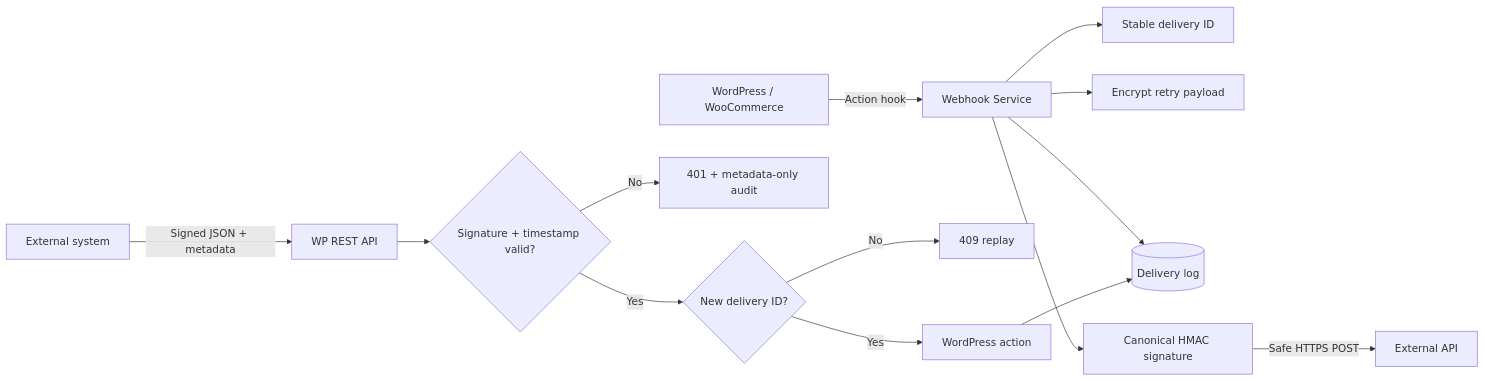
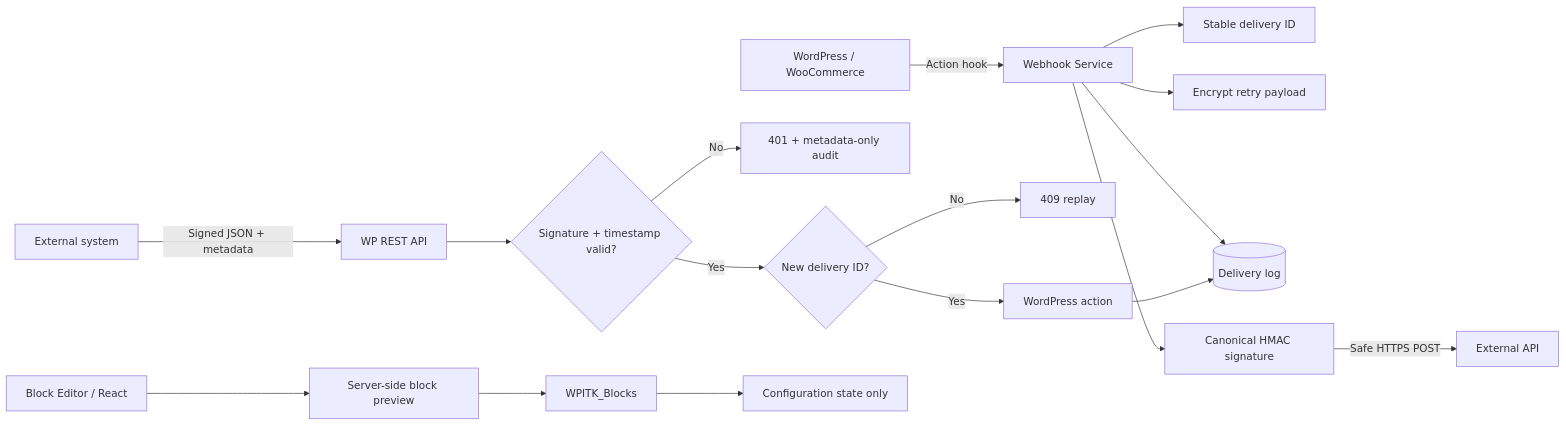
Before and after one commit to DagemawiDeveloper/wordpress-plugin-development-demo: the diagram in README.md, drawn with Mermaid. The commit also changed other lines of this file and 13 other files, not shown here.

First line of the commit message:
Add a dynamic React-based Gutenberg integration status block

````diff
--- a/README.md
+++ b/README.md
@@ -26,17 +29,21 @@
 ```mermaid
 flowchart LR
     WP[WordPress / WooCommerce] -->|Action hook| WS[Webhook Service]
     WS --> ID[Stable delivery ID]
     WS --> ENC[Encrypt retry payload]
     WS --> LOG[(Delivery log)]
     WS --> SIGN[Canonical HMAC signature]
     SIGN -->|Safe HTTPS POST| API[External API]
 
     EXT[External system] -->|Signed JSON + metadata| REST[WP REST API]
     REST --> VERIFY{Signature + timestamp valid?}
     VERIFY -->|No| REJECT[401 + metadata-only audit]
     VERIFY -->|Yes| UNIQUE{New delivery ID?}
     UNIQUE -->|No| REPLAY[409 replay]
     UNIQUE -->|Yes| EVENT[WordPress action]
     EVENT --> LOG
+
+    EDITOR[Block Editor / React] --> SSR[Server-side block preview]
+    SSR --> BLOCK[WPITK_Blocks]
+    BLOCK --> SETTINGS[Configuration state only]
 ```
````
